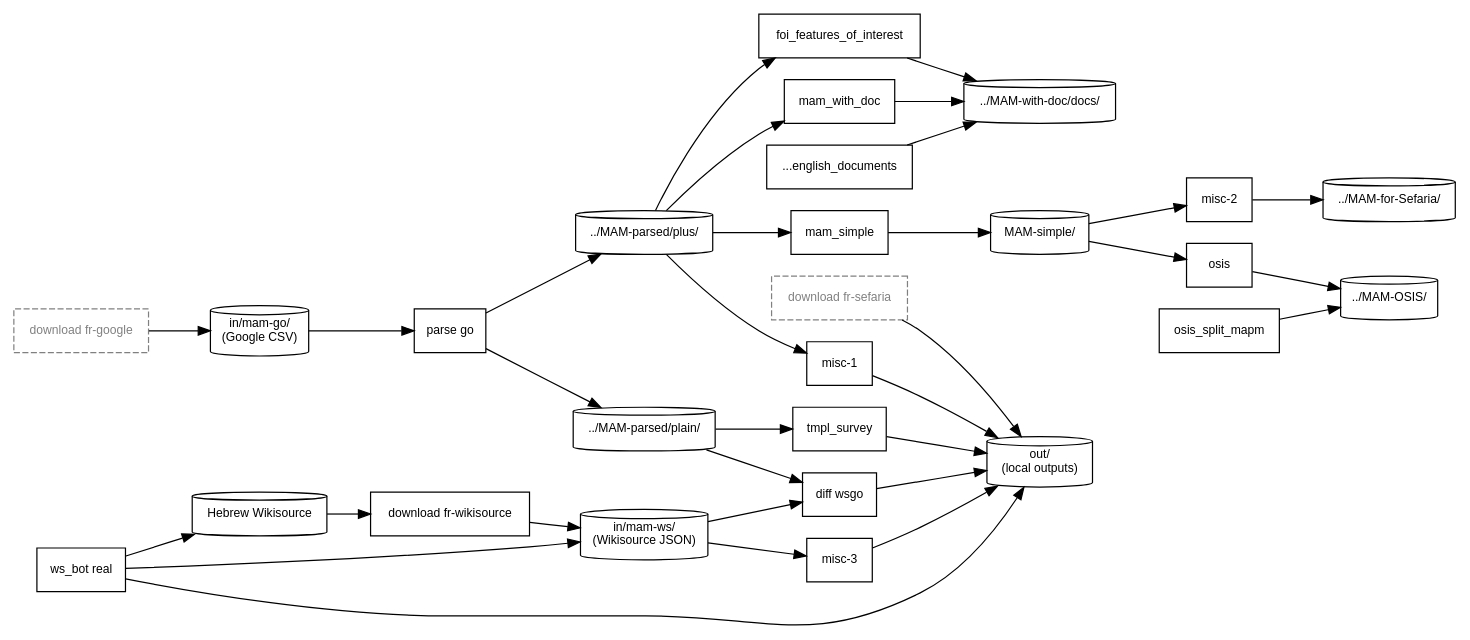
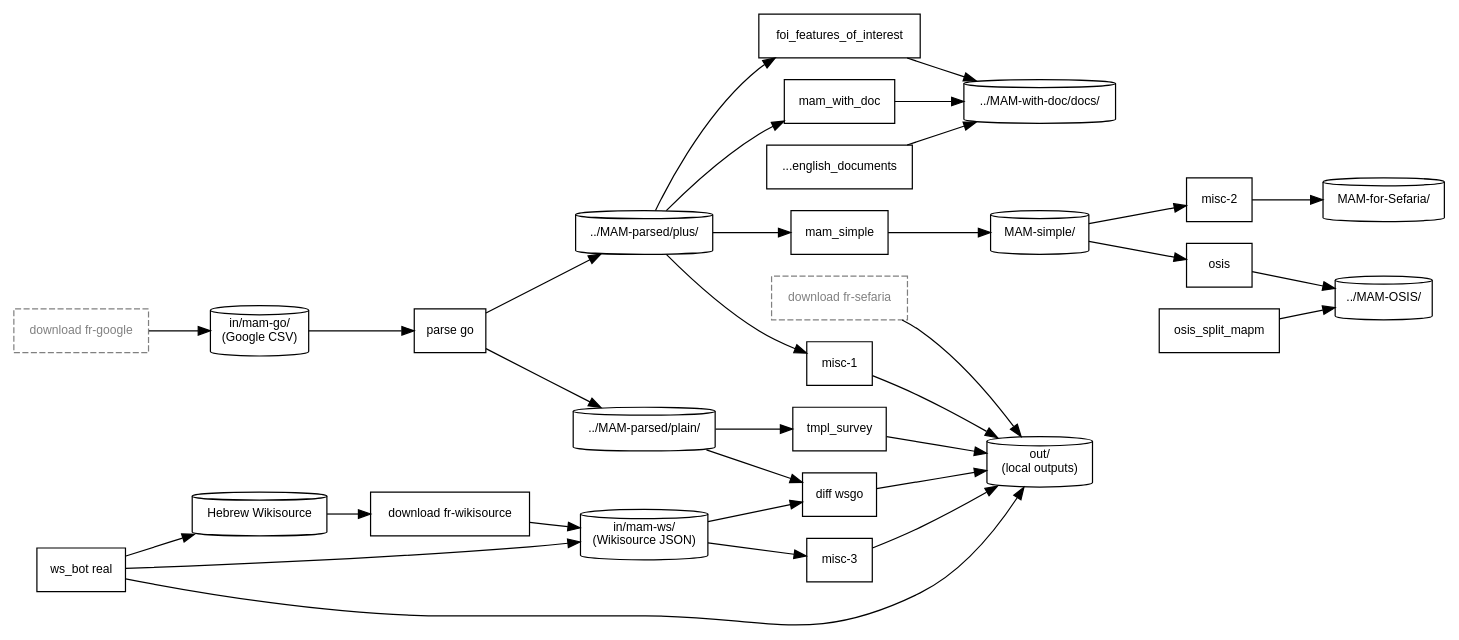
Before and after one commit to bdenckla/MAM-basics: the diagram in doc/process-documentation/pipeline.dot, drawn with Graphviz. The commit also changed 178 other files, not shown here.

First line of the commit message:
Land MAM-for-Sefaria in MAM-basics

```diff
--- a/doc/process-documentation/pipeline.dot
+++ b/doc/process-documentation/pipeline.dot
@@ -1,92 +1,92 @@
 digraph mam_pipeline {
     // This file was generated by MAM-basics/py/main_pipeline_graph.py.
     // Do not edit by hand; edit py/pipeline_graph/pipeline_graph_spec.py instead.
     graph [comment="This file was generated by MAM-basics/py/main_pipeline_graph.py."];
     // Generated from structured pipeline data.
     rankdir=LR;
     node [fontname="Helvetica", fontsize=10];
     edge [fontname="Helvetica", fontsize=9];
 
     // ── Data stores ──
     node [shape=cylinder];
     ds_go_csv        [label="in/mam-go/\n(Google CSV)"];
     ds_parsed_plus   [label="../MAM-parsed/plus/"];
     ds_parsed_plain  [label="../MAM-parsed/plain/"];
     ds_ws            [label="in/mam-ws/\n(Wikisource JSON)"];
     src_ws_live      [label="Hebrew Wikisource"];
     ds_simple        [label="MAM-simple/"];
     ds_with_doc      [label="../MAM-with-doc/docs/"];
-    ds_sefaria       [label="../MAM-for-Sefaria/"];
+    ds_sefaria       [label="MAM-for-Sefaria/"];
     ds_osis          [label="../MAM-OSIS/"];
     ds_out           [label="out/\n(local outputs)"];
 
     // ── External prerequisites (not part of _STEPS) ──
     node [shape=box, style=dashed, color=gray, fontcolor=gray];
     download_go      [label="download fr-google"];
     download_sef     [label="download fr-sefaria"];
     download_ws      [label="download fr-wikisource", style="", color="", fontcolor=""];
 
     // ── Pipeline steps ──
     node [shape=box, style="", color="", fontcolor=""];
     parse_go         [label="parse go"];
     foi              [label="foi_features_of_interest"];
     mam_with_doc     [label="mam_with_doc"];
     tmpl_survey      [label="tmpl_survey"];
     mam_simple       [label="mam_simple"];
     misc_2           [label="misc-2"];
     osis             [label="osis"];
     misc_1           [label="misc-1", tooltip="decnreub\nmultimark\nwordlist\nexplicit_xataf\ndiff ctr-vs-mam"];
     diff_wsgo        [label="diff wsgo"];
     misc_3           [label="misc-3", tooltip="parse ws\nws_bot proto"];
     ws_bot           [label="ws_bot real"];
     gen_docs         [label="...english_documents"];
     osis_split       [label="osis_split_mapm"];
 
     // ── Edges ──
 
     // Google pipeline
     download_go     -> ds_go_csv;
     ds_go_csv       -> parse_go;
     parse_go        -> ds_parsed_plus;
     parse_go        -> ds_parsed_plain;
 
     // MAM-parsed consumers
     ds_parsed_plus  -> foi;
     ds_parsed_plus  -> mam_with_doc;
     ds_parsed_plus  -> mam_simple;
     ds_parsed_plus  -> misc_1;
     ds_parsed_plain -> tmpl_survey;
     ds_parsed_plain -> diff_wsgo;
 
     // MAM-with-doc outputs
     foi             -> ds_with_doc;
     mam_with_doc    -> ds_with_doc;
     gen_docs        -> ds_with_doc;
 
     // MAM-simple pipeline
     mam_simple      -> ds_simple;
     ds_simple       -> misc_2;
     ds_simple       -> osis;
     misc_2          -> ds_sefaria;
     osis            -> ds_osis;
     osis_split      -> ds_osis;
 
     // Local out/ outputs
     tmpl_survey     -> ds_out;
     misc_1          -> ds_out;
     diff_wsgo       -> ds_out;
     misc_3          -> ds_out;
 
     // Wikisource pipeline
     src_ws_live     -> download_ws;
     download_ws     -> ds_ws;
     ds_ws           -> diff_wsgo;
     ds_ws           -> misc_3;
     ws_bot          -> src_ws_live;
     ws_bot          -> ds_ws;
     ws_bot          -> ds_out [tooltip="via automatic post-download reparse"];
 
     // Sefaria download (standalone)
     download_sef    -> ds_out;
 
 }
```
